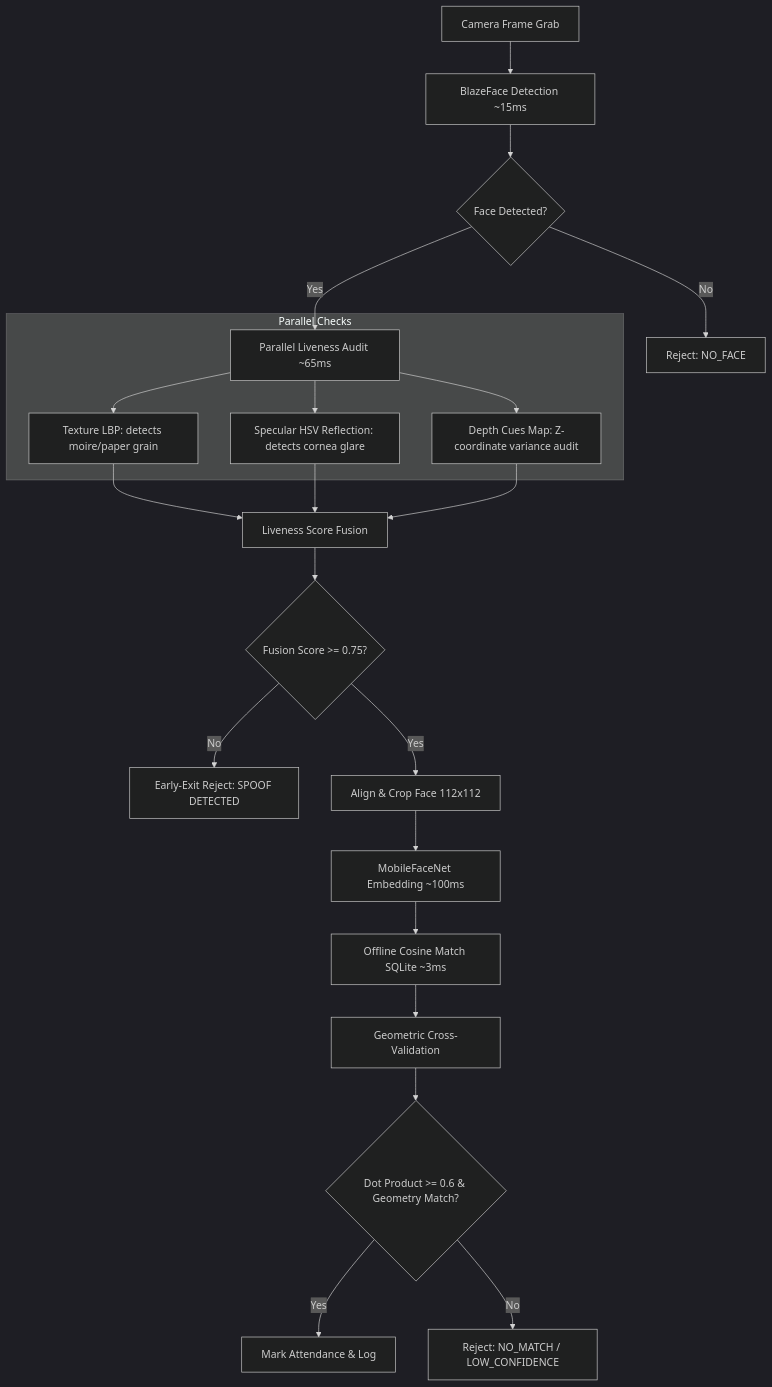
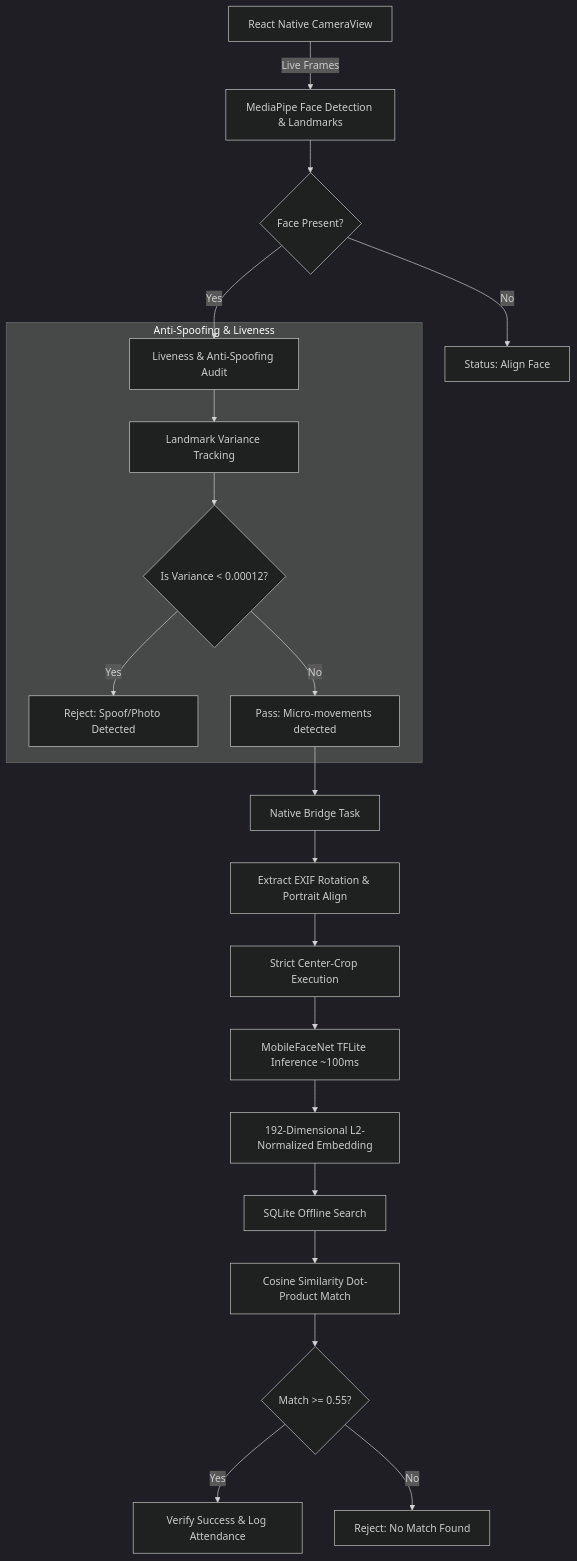
One commit to piyushyenorkar/NHAIFaceID changed the diagram in NHAIFaceID/docs/Technical_Documentation.md. Above: the diagram before and after it, drawn with Mermaid (dark theme). The commit also changed other lines of this file and 5 other files, not shown here.

````diff
--- a/NHAIFaceID/docs/Technical_Documentation.md
+++ b/NHAIFaceID/docs/Technical_Documentation.md
@@ -17,28 +21,27 @@
 ```mermaid
 graph TD
-    A[Camera Frame Grab] --> B[BlazeFace Detection ~15ms]
-    B --> C{Face Detected?}
-    C -- No --> D[Reject: NO_FACE]
-    C -- Yes --> E[Parallel Liveness Audit ~65ms]
+    A[React Native CameraView] -->|Live Frames| B[MediaPipe Face Detection & Landmarks]
+    B --> C{Face Present?}
+    C -- No --> D[Status: Align Face]
+    C -- Yes --> E[Liveness & Anti-Spoofing Audit]
     
-    subgraph Parallel Checks
-        E --> E1[Texture LBP: detects moire/paper grain]
-        E --> E2[Specular HSV Reflection: detects cornea glare]
-        E --> E3[Depth Cues Map: Z-coordinate variance audit]
+    subgraph Anti-Spoofing & Liveness
+        E --> E1[Landmark Variance Tracking]
+        E1 --> E2{Is Variance < 0.00012?}
+        E2 -- Yes --> E3[Reject: Spoof/Photo Detected]
+        E2 -- No --> E4[Pass: Micro-movements detected]
     end
     
-    E1 --> F[Liveness Score Fusion]
-    E2 --> F
-    E3 --> F
+    E4 --> F[Native Bridge Task]
+    F --> G[Extract EXIF Rotation & Portrait Align]
+    G --> H[Strict Center-Crop Execution]
+    H --> I[MobileFaceNet TFLite Inference ~100ms]
     
-    F --> G{Fusion Score >= 0.75?}
-    G -- No --> H[Early-Exit Reject: SPOOF DETECTED]
-    G -- Yes --> I[Align & Crop Face 112x112]
+    I --> J[192-Dimensional L2-Normalized Embedding]
+    J --> K[SQLite Offline Search]
+    K --> L[Cosine Similarity Dot-Product Match]
     
-    I --> J[MobileFaceNet Embedding ~100ms]
-    J --> K[Offline Cosine Match SQLite ~3ms]
-    K --> L[Geometric Cross-Validation]
-    L --> M{Dot Product >= 0.6 & Geometry Match?}
-    M -- Yes --> N[Mark Attendance & Log]
-    M -- No --> O[Reject: NO_MATCH / LOW_CONFIDENCE]
+    L --> M{Match >= 0.55?}
+    M -- Yes --> N[Verify Success & Log Attendance]
+    M -- No --> O[Reject: No Match Found]
 ```
````
